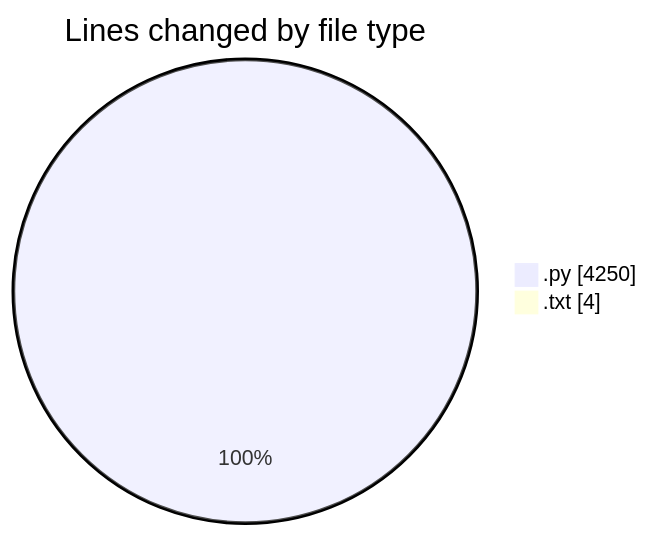
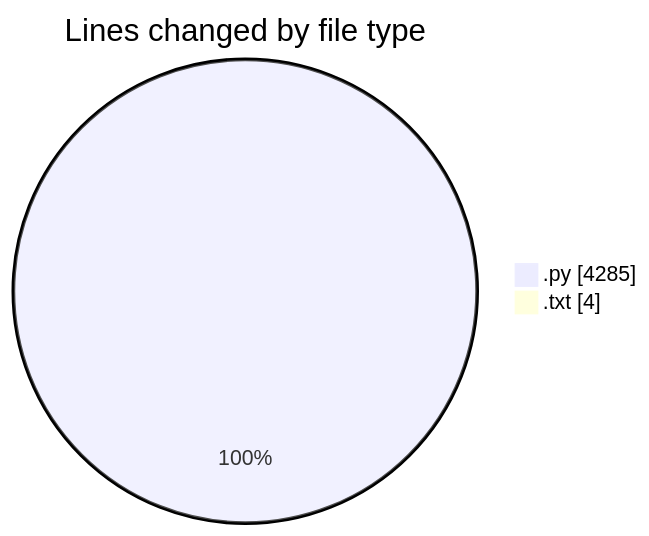
The first of 2 diagrams in 2025-06-01/video_app/README.md (CELIANVF/code-tracking), drawn with Mermaid before and after one commit. The commit also changed other lines of this file and 1 other file, not shown here.

````diff
--- a/2025-06-01/video_app/README.md
+++ b/2025-06-01/video_app/README.md
@@ -28,6 +28,6 @@
 ```mermaid
 pie showData
 title Lines changed by file type
-".py" : 4250
+".py" : 4285
 ".txt" : 4
 ```
````
